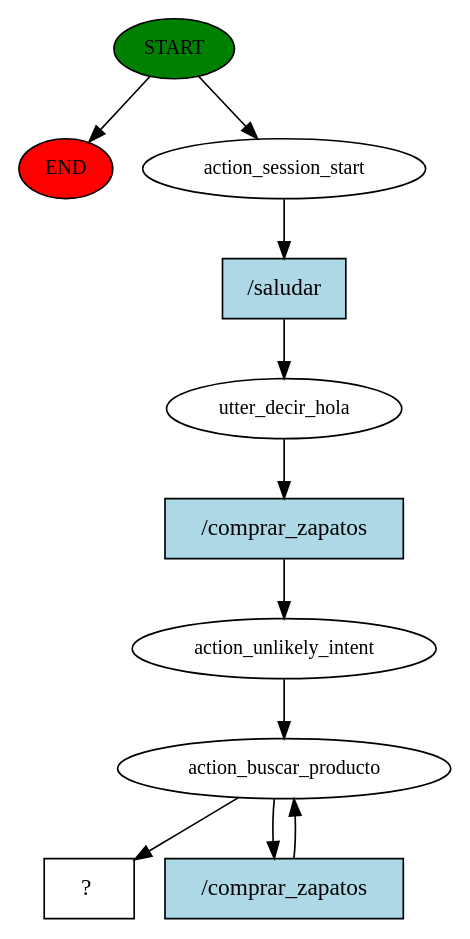
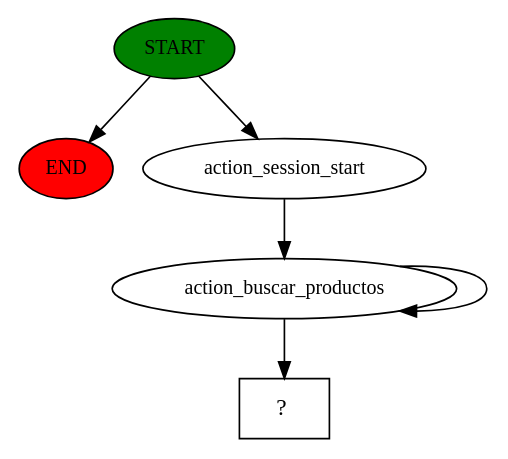
One commit to Daniel45450/chatbot_exploratoria changed the diagram in story_graph.dot. Above: the diagram before and after it, drawn with Graphviz. The commit also changed 8 other files, not shown here.

Commit message:
buscar_producto ahora detecta el tipo de producto que busca el usuario y lo almacena en una lista para su visualizacion

```diff
--- a/story_graph.dot
+++ b/story_graph.dot
@@ -1,22 +1,12 @@
 digraph  {
 0 [class="start active", fillcolor=green, fontsize=12, label=START, style=filled];
 "-1" [class=end, fillcolor=red, fontsize=12, label=END, style=filled];
 1 [class=active, fontsize=12, label=action_session_start];
-2 [class=active, fontsize=12, label=utter_decir_hola];
-3 [class=active, fontsize=12, label=action_unlikely_intent];
-4 [class=active, fontsize=12, label=action_buscar_producto];
-20 [class="intent dashed active", label="  ?  ", shape=rect];
-21 [class="intent active", fillcolor=lightblue, label="/saludar", shape=rect, style=filled];
-22 [class="intent active", fillcolor=lightblue, label="/comprar_zapatos", shape=rect, style=filled];
-23 [class="intent active", fillcolor=lightblue, label="/comprar_zapatos", shape=rect, style=filled];
+2 [class=active, fontsize=12, label=action_buscar_productos];
+37 [class="intent dashed active", label="  ?  ", shape=rect];
 0 -> "-1"  [class="", key=NONE, label=""];
 0 -> 1  [class=active, key=NONE, label=""];
-1 -> 21  [class=active, key=0];
-2 -> 22  [class=active, key=0];
-3 -> 4  [class=active, key=NONE, label=""];
-4 -> 20  [class=active, key=NONE, label=""];
-4 -> 23  [class=active, key=0];
-21 -> 2  [class=active, key=0];
-22 -> 3  [class=active, key=0];
-23 -> 4  [class=active, key=0];
+1 -> 2  [class=active, key=NONE, label=""];
+2 -> 2  [class=active, key=NONE, label=""];
+2 -> 37  [class=active, key=NONE, label=""];
 }
```
